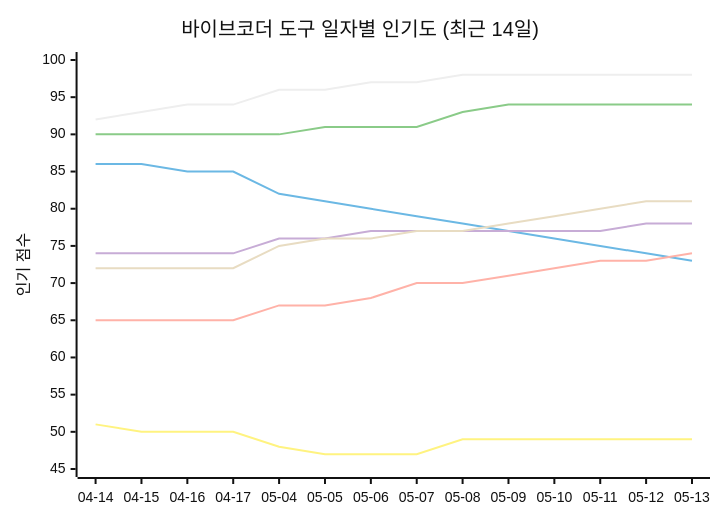
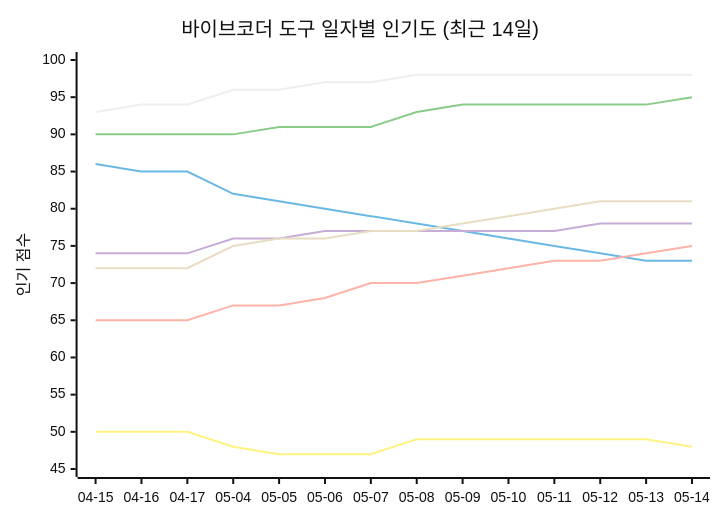
The seventh of 11 diagrams in README_ko.md (tykimos/ai-whatchelin), drawn with Mermaid (neutral theme) before and after one commit. The commit also changed other lines of this file and 4 other files, not shown here.

````diff
--- a/README_ko.md
+++ b/README_ko.md
@@ -776,13 +785,13 @@
 ```mermaid
 xychart-beta
     title "바이브코더 도구 일자별 인기도 (최근 14일)"
-    x-axis ["04-14", "04-15", "04-16", "04-17", "05-04", "05-05", "05-06", "05-07", "05-08", "05-09", "05-10", "05-11", "05-12", "05-13"]
+    x-axis ["04-15", "04-16", "04-17", "05-04", "05-05", "05-06", "05-07", "05-08", "05-09", "05-10", "05-11", "05-12", "05-13", "05-14"]
     y-axis "인기 점수" 45 --> 100
-    line "Claude Code" [92, 93, 94, 94, 96, 96, 97, 97, 98, 98, 98, 98, 98, 98]
-    line "GH Copilot" [86, 86, 85, 85, 82, 81, 80, 79, 78, 77, 76, 75, 74, 73]
-    line "Cursor" [90, 90, 90, 90, 90, 91, 91, 91, 93, 94, 94, 94, 94, 94]
-    line "Windsurf" [74, 74, 74, 74, 76, 76, 77, 77, 77, 77, 77, 77, 78, 78]
-    line "Codex CLI" [72, 72, 72, 72, 75, 76, 76, 77, 77, 78, 79, 80, 81, 81]
-    line "Gemini CLI" [65, 65, 65, 65, 67, 67, 68, 70, 70, 71, 72, 73, 73, 74]
-    line "Antigravity" [51, 50, 50, 50, 48, 47, 47, 47, 49, 49, 49, 49, 49, 49]
+    line "Claude Code" [93, 94, 94, 96, 96, 97, 97, 98, 98, 98, 98, 98, 98, 98]
+    line "GH Copilot" [86, 85, 85, 82, 81, 80, 79, 78, 77, 76, 75, 74, 73, 73]
+    line "Cursor" [90, 90, 90, 90, 91, 91, 91, 93, 94, 94, 94, 94, 94, 95]
+    line "Windsurf" [74, 74, 74, 76, 76, 77, 77, 77, 77, 77, 77, 78, 78, 78]
+    line "Codex CLI" [72, 72, 72, 75, 76, 76, 77, 77, 78, 79, 80, 81, 81, 81]
+    line "Gemini CLI" [65, 65, 65, 67, 67, 68, 70, 70, 71, 72, 73, 73, 74, 75]
+    line "Antigravity" [50, 50, 50, 48, 47, 47, 47, 49, 49, 49, 49, 49, 49, 48]
 ```
````
